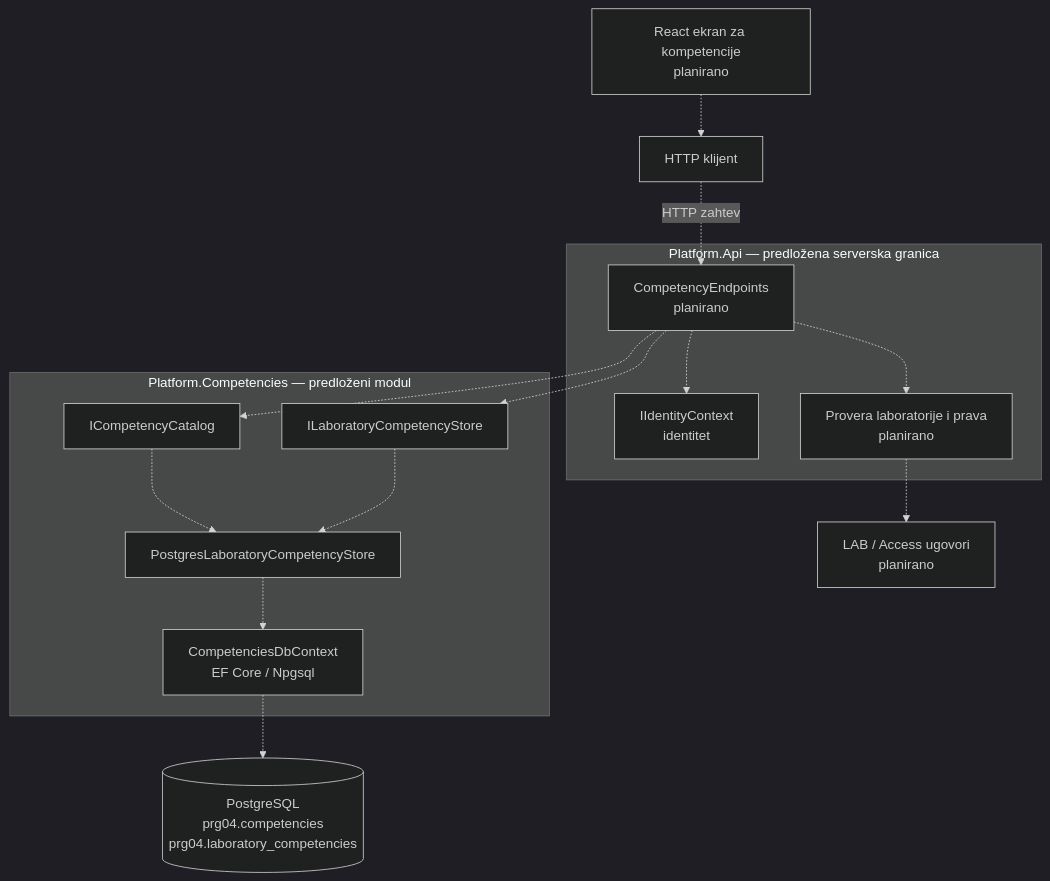
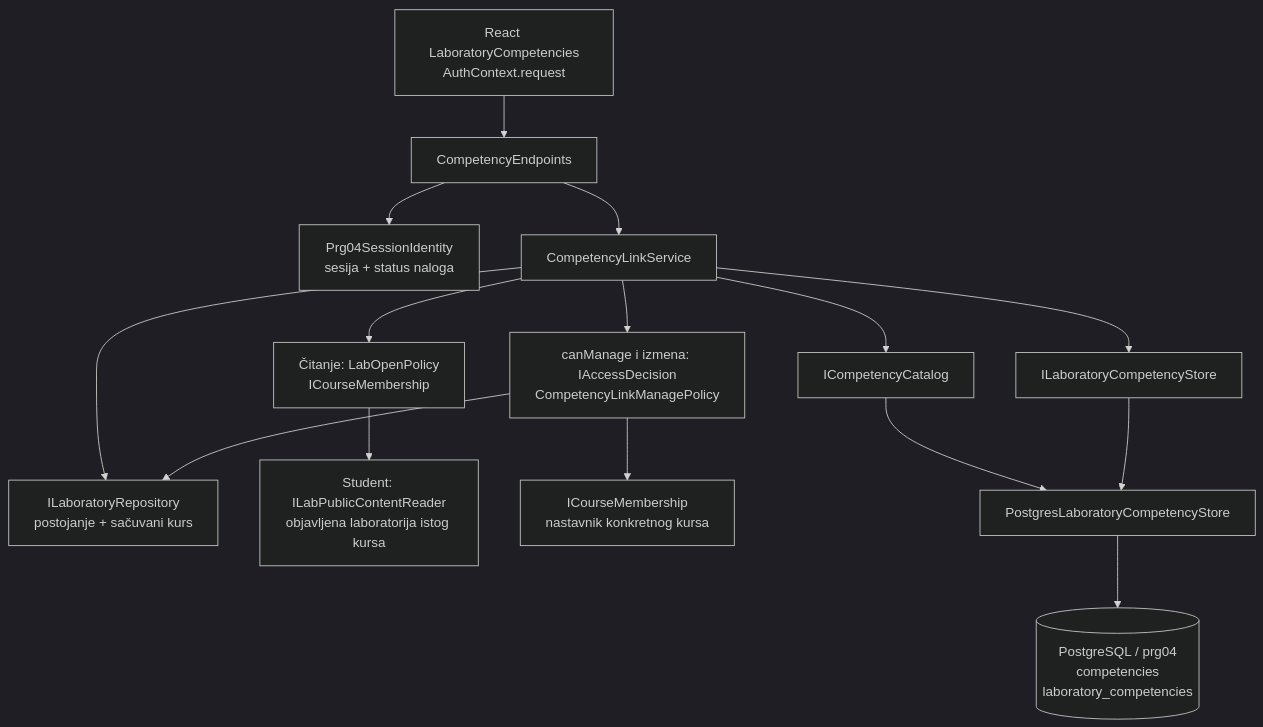
One commit to djufa762x39/security-lab changed the diagram in docs/components/PRG-04-competencies.md. Above: the diagram before and after it, drawn with Mermaid (dark theme). The commit also changed other lines of this file and 44 other files, not shown here.

First line of the commit message:
Feature/prg 04 competencies (#207)

````diff
--- a/docs/components/PRG-04-competencies.md
+++ b/docs/components/PRG-04-competencies.md
@@ -45,31 +37,17 @@
 ```mermaid
 flowchart TB
-  CLIENT["HTTP klijent"]
-  UI["React ekran za kompetencije<br/>planirano"]
-  UI -.-> CLIENT
-
-  subgraph API["Platform.Api — predložena serverska granica"]
-    IDENTITY["IIdentityContext<br/>identitet"]
-    EP["CompetencyEndpoints<br/>planirano"]
-    RESOURCE["Provera laboratorije i prava<br/>planirano"]
-    EP -.-> IDENTITY
-    EP -.-> RESOURCE
-  end
-
-  CLIENT -.->|"HTTP zahtev"| EP
-
-  subgraph PRG["Platform.Competencies — predloženi modul"]
-    CATALOG["ICompetencyCatalog"]
-    LINKS["ILaboratoryCompetencyStore"]
-    STORE["PostgresLaboratoryCompetencyStore"]
-    CONTEXT["CompetenciesDbContext<br/>EF Core / Npgsql"]
-    CATALOG -.-> STORE
-    LINKS -.-> STORE
-    STORE -.-> CONTEXT
-  end
-
-  EP -.-> CATALOG
-  EP -.-> LINKS
-  RESOURCE -.-> LABACCESS["LAB / Access ugovori<br/>planirano"]
-  CONTEXT -.-> DB[("PostgreSQL<br/>prg04.competencies<br/>prg04.laboratory_competencies")]
+  CLIENT["React LaboratoryCompetencies<br/>AuthContext.request"] --> EP["CompetencyEndpoints"]
+  EP --> ID["Prg04SessionIdentity<br/>sesija + status naloga"]
+  EP --> SERVICE["CompetencyLinkService"]
+  SERVICE --> LAB["ILaboratoryRepository<br/>postojanje + sačuvani kurs"]
+  SERVICE --> READ["Čitanje: LabOpenPolicy<br/>ICourseMembership"]
+  READ --> PUBLIC["Student: ILabPublicContentReader<br/>objavljena laboratorija istog kursa"]
+  SERVICE --> EDIT["canManage i izmena: IAccessDecision<br/>CompetencyLinkManagePolicy"]
+  EDIT --> LAB
+  EDIT --> MEMBER["ICourseMembership<br/>nastavnik konkretnog kursa"]
+  SERVICE --> CATALOG["ICompetencyCatalog"]
+  SERVICE --> LINKS["ILaboratoryCompetencyStore"]
+  CATALOG --> STORE["PostgresLaboratoryCompetencyStore"]
+  LINKS --> STORE
+  STORE --> DB[("PostgreSQL / prg04<br/>competencies<br/>laboratory_competencies")]
 ```
````
